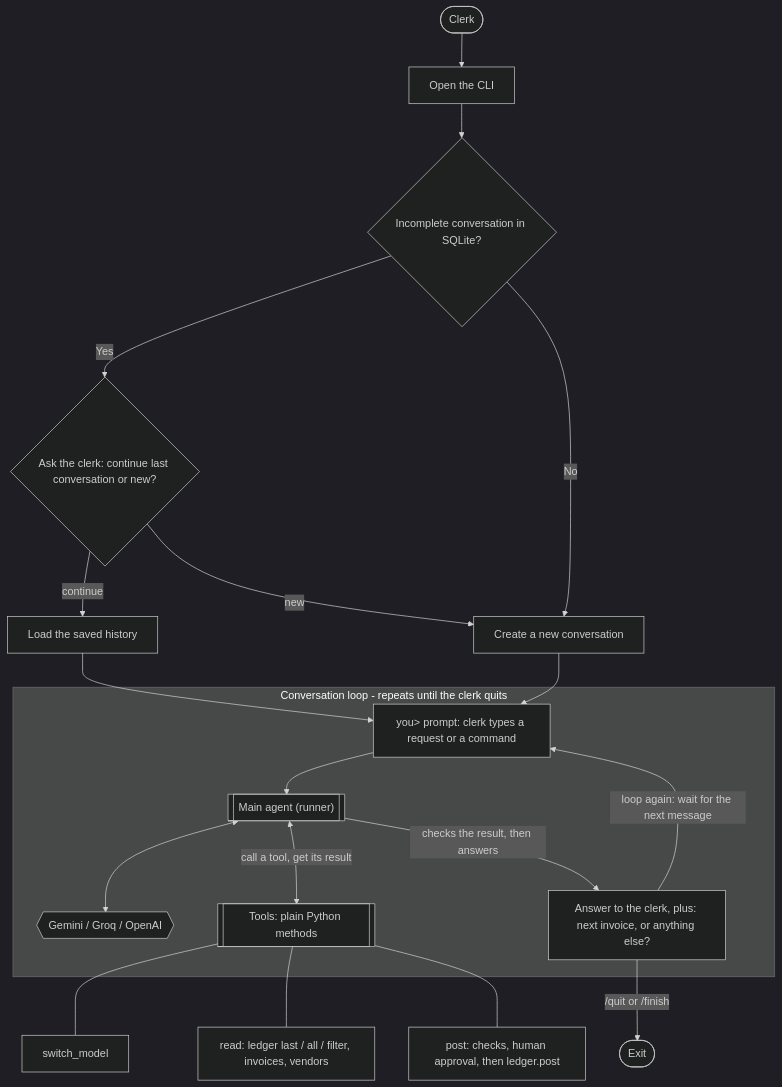
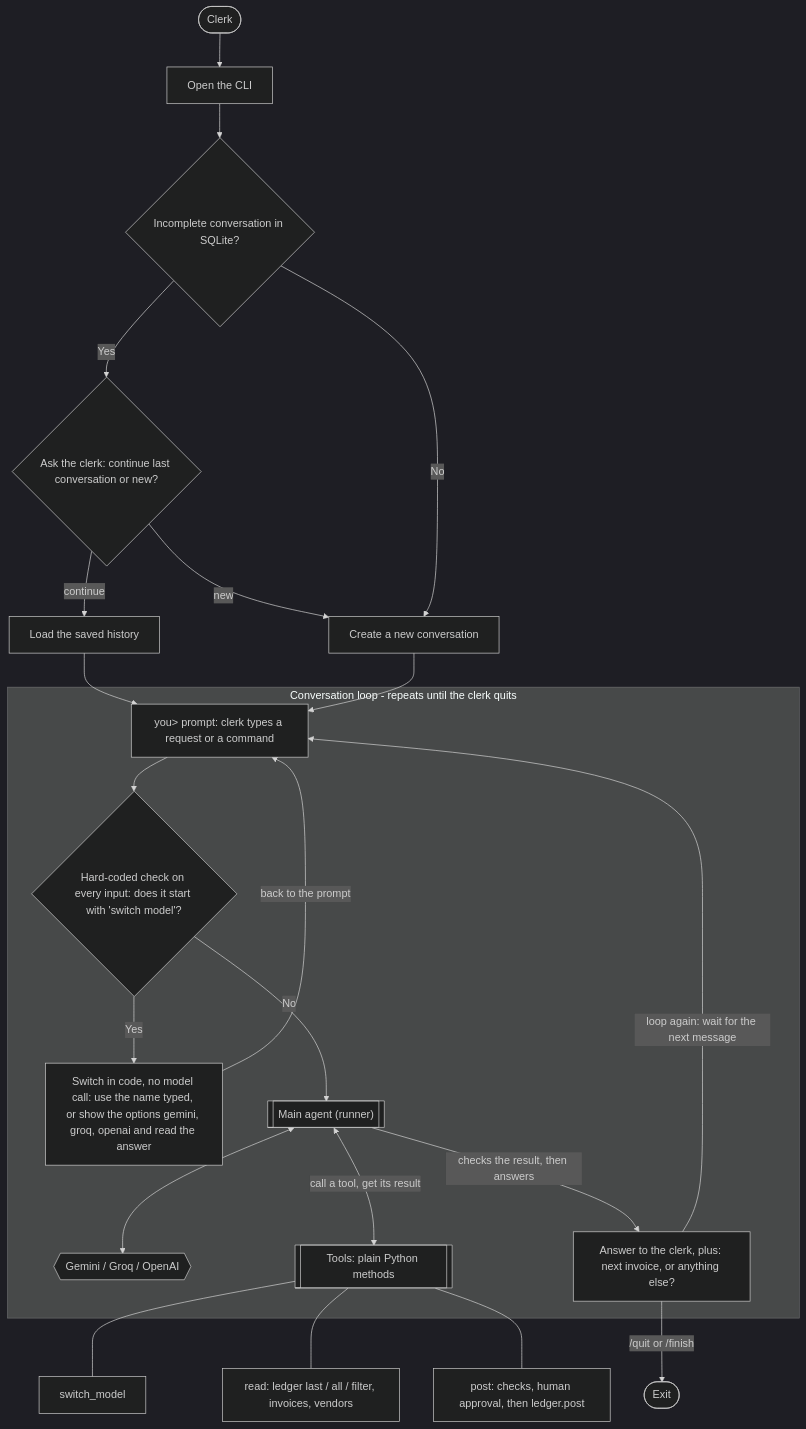
One commit to dixitbuild/fourX changed the first of 5 diagrams in FourX_Agent_Implementation_Plan.md. Above: the diagram before and after it, drawn with Mermaid (dark theme). The commit also changed other lines of this file, not shown here.

Commit message:
feat(agent): add hard-coded check for model switching in CLI

````diff
--- a/FourX_Agent_Implementation_Plan.md
+++ b/FourX_Agent_Implementation_Plan.md
@@ -79,24 +79,27 @@
 ```mermaid
 flowchart TD
     Clerk([Clerk]) --> Launch[Open the CLI]
     Launch --> Find{"Incomplete conversation in SQLite?"}
     Find -->|Yes| Ask{"Ask the clerk: continue last conversation or new?"}
     Ask -->|continue| Resume[Load the saved history]
     Ask -->|new| Create[Create a new conversation]
     Find -->|No| Create
     Resume --> Prompt
     Create --> Prompt
 
     subgraph Loop["Conversation loop - repeats until the clerk quits"]
-        Prompt["you> prompt: clerk types a request or a command"] --> Agent[["Main agent (runner)"]]
+        Prompt["you> prompt: clerk types a request or a command"] --> Check{"Hard-coded check on every input: does it start with 'switch model'?"}
+        Check -->|"Yes"| Hard["Switch in code, no model call: use the name typed, or show the options gemini, groq, openai and read the answer"]
+        Hard -->|"back to the prompt"| Prompt
+        Check -->|"No"| Agent[["Main agent (runner)"]]
         Agent <--> Model{{Gemini / Groq / OpenAI}}
         Agent <-->|"call a tool, get its result"| Tools[[Tools: plain Python methods]]
         Agent -->|"checks the result, then answers"| Answer["Answer to the clerk, plus: next invoice, or anything else?"]
         Answer -->|"loop again: wait for the next message"| Prompt
     end
 
     Tools --- Switch["switch_model"]
     Tools --- Read["read: ledger last / all / filter, invoices, vendors"]
     Tools --- Post["post: checks, human approval, then ledger.post"]
     Answer -->|"/quit or /finish"| End([Exit])
 ```
````
